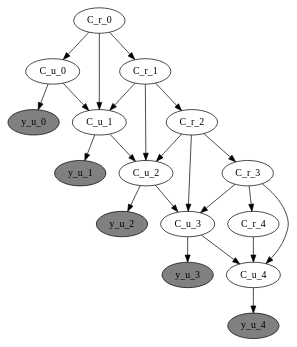
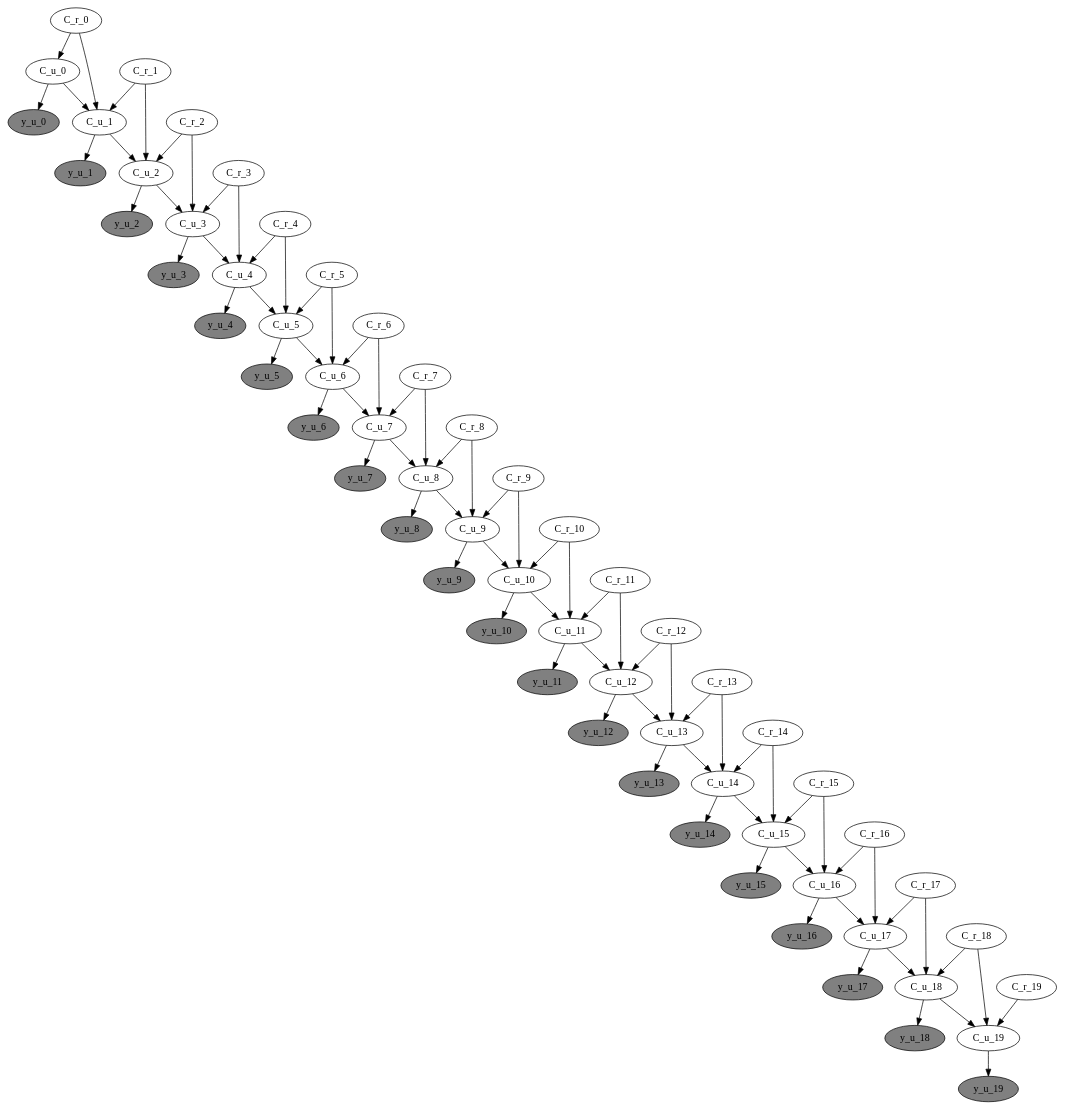
One commit to Lagergren-Lab/victree changed the diagram in fig/graph.gv. Above: the diagram before and after it, drawn with Graphviz. The commit also changed 3 other files, not shown here.

```diff
--- a/fig/graph.gv
+++ b/fig/graph.gv
@@ -1,39 +1,140 @@
 digraph {
 	C_r_0 [label=C_r_0 fillcolor=white shape=ellipse style=filled]
 	C_u_0 [label=C_u_0 fillcolor=white shape=ellipse style=filled]
 	y_u_0 [label=y_u_0 fillcolor=grey shape=ellipse style=filled]
 	C_r_1 [label=C_r_1 fillcolor=white shape=ellipse style=filled]
 	C_u_1 [label=C_u_1 fillcolor=white shape=ellipse style=filled]
 	y_u_1 [label=y_u_1 fillcolor=grey shape=ellipse style=filled]
 	C_r_2 [label=C_r_2 fillcolor=white shape=ellipse style=filled]
 	C_u_2 [label=C_u_2 fillcolor=white shape=ellipse style=filled]
 	y_u_2 [label=y_u_2 fillcolor=grey shape=ellipse style=filled]
 	C_r_3 [label=C_r_3 fillcolor=white shape=ellipse style=filled]
 	C_u_3 [label=C_u_3 fillcolor=white shape=ellipse style=filled]
 	y_u_3 [label=y_u_3 fillcolor=grey shape=ellipse style=filled]
 	C_r_4 [label=C_r_4 fillcolor=white shape=ellipse style=filled]
 	C_u_4 [label=C_u_4 fillcolor=white shape=ellipse style=filled]
 	y_u_4 [label=y_u_4 fillcolor=grey shape=ellipse style=filled]
+	C_r_5 [label=C_r_5 fillcolor=white shape=ellipse style=filled]
+	C_u_5 [label=C_u_5 fillcolor=white shape=ellipse style=filled]
+	y_u_5 [label=y_u_5 fillcolor=grey shape=ellipse style=filled]
+	C_r_6 [label=C_r_6 fillcolor=white shape=ellipse style=filled]
+	C_u_6 [label=C_u_6 fillcolor=white shape=ellipse style=filled]
+	y_u_6 [label=y_u_6 fillcolor=grey shape=ellipse style=filled]
+	C_r_7 [label=C_r_7 fillcolor=white shape=ellipse style=filled]
+	C_u_7 [label=C_u_7 fillcolor=white shape=ellipse style=filled]
+	y_u_7 [label=y_u_7 fillcolor=grey shape=ellipse style=filled]
+	C_r_8 [label=C_r_8 fillcolor=white shape=ellipse style=filled]
+	C_u_8 [label=C_u_8 fillcolor=white shape=ellipse style=filled]
+	y_u_8 [label=y_u_8 fillcolor=grey shape=ellipse style=filled]
+	C_r_9 [label=C_r_9 fillcolor=white shape=ellipse style=filled]
+	C_u_9 [label=C_u_9 fillcolor=white shape=ellipse style=filled]
+	y_u_9 [label=y_u_9 fillcolor=grey shape=ellipse style=filled]
+	C_r_10 [label=C_r_10 fillcolor=white shape=ellipse style=filled]
+	C_u_10 [label=C_u_10 fillcolor=white shape=ellipse style=filled]
+	y_u_10 [label=y_u_10 fillcolor=grey shape=ellipse style=filled]
+	C_r_11 [label=C_r_11 fillcolor=white shape=ellipse style=filled]
+	C_u_11 [label=C_u_11 fillcolor=white shape=ellipse style=filled]
+	y_u_11 [label=y_u_11 fillcolor=grey shape=ellipse style=filled]
+	C_r_12 [label=C_r_12 fillcolor=white shape=ellipse style=filled]
+	C_u_12 [label=C_u_12 fillcolor=white shape=ellipse style=filled]
+	y_u_12 [label=y_u_12 fillcolor=grey shape=ellipse style=filled]
+	C_r_13 [label=C_r_13 fillcolor=white shape=ellipse style=filled]
+	C_u_13 [label=C_u_13 fillcolor=white shape=ellipse style=filled]
+	y_u_13 [label=y_u_13 fillcolor=grey shape=ellipse style=filled]
+	C_r_14 [label=C_r_14 fillcolor=white shape=ellipse style=filled]
+	C_u_14 [label=C_u_14 fillcolor=white shape=ellipse style=filled]
+	y_u_14 [label=y_u_14 fillcolor=grey shape=ellipse style=filled]
+	C_r_15 [label=C_r_15 fillcolor=white shape=ellipse style=filled]
+	C_u_15 [label=C_u_15 fillcolor=white shape=ellipse style=filled]
+	y_u_15 [label=y_u_15 fillcolor=grey shape=ellipse style=filled]
+	C_r_16 [label=C_r_16 fillcolor=white shape=ellipse style=filled]
+	C_u_16 [label=C_u_16 fillcolor=white shape=ellipse style=filled]
+	y_u_16 [label=y_u_16 fillcolor=grey shape=ellipse style=filled]
+	C_r_17 [label=C_r_17 fillcolor=white shape=ellipse style=filled]
+	C_u_17 [label=C_u_17 fillcolor=white shape=ellipse style=filled]
+	y_u_17 [label=y_u_17 fillcolor=grey shape=ellipse style=filled]
+	C_r_18 [label=C_r_18 fillcolor=white shape=ellipse style=filled]
+	C_u_18 [label=C_u_18 fillcolor=white shape=ellipse style=filled]
+	y_u_18 [label=y_u_18 fillcolor=grey shape=ellipse style=filled]
+	C_r_19 [label=C_r_19 fillcolor=white shape=ellipse style=filled]
+	C_u_19 [label=C_u_19 fillcolor=white shape=ellipse style=filled]
+	y_u_19 [label=y_u_19 fillcolor=grey shape=ellipse style=filled]
 	C_r_0 -> C_u_0
 	C_u_0 -> y_u_0
-	C_r_0 -> C_r_1
 	C_r_1 -> C_u_1
 	C_r_0 -> C_u_1
 	C_u_0 -> C_u_1
 	C_u_1 -> y_u_1
-	C_r_1 -> C_r_2
 	C_r_1 -> C_u_2
 	C_u_1 -> C_u_2
 	C_r_2 -> C_u_2
 	C_u_2 -> y_u_2
-	C_r_2 -> C_r_3
 	C_u_2 -> C_u_3
+	C_r_3 -> C_u_3
 	C_r_2 -> C_u_3
-	C_r_3 -> C_u_3
 	C_u_3 -> y_u_3
-	C_r_3 -> C_r_4
 	C_r_4 -> C_u_4
 	C_u_3 -> C_u_4
 	C_r_3 -> C_u_4
 	C_u_4 -> y_u_4
+	C_u_4 -> C_u_5
+	C_r_4 -> C_u_5
+	C_r_5 -> C_u_5
+	C_u_5 -> y_u_5
+	C_r_6 -> C_u_6
+	C_u_5 -> C_u_6
+	C_r_5 -> C_u_6
+	C_u_6 -> y_u_6
+	C_r_6 -> C_u_7
+	C_u_6 -> C_u_7
+	C_r_7 -> C_u_7
+	C_u_7 -> y_u_7
+	C_u_7 -> C_u_8
+	C_r_7 -> C_u_8
+	C_r_8 -> C_u_8
+	C_u_8 -> y_u_8
+	C_u_8 -> C_u_9
+	C_r_9 -> C_u_9
+	C_r_8 -> C_u_9
+	C_u_9 -> y_u_9
+	C_u_9 -> C_u_10
+	C_r_10 -> C_u_10
+	C_r_9 -> C_u_10
+	C_u_10 -> y_u_10
+	C_u_10 -> C_u_11
+	C_r_11 -> C_u_11
+	C_r_10 -> C_u_11
+	C_u_11 -> y_u_11
+	C_r_11 -> C_u_12
+	C_u_11 -> C_u_12
+	C_r_12 -> C_u_12
+	C_u_12 -> y_u_12
+	C_r_13 -> C_u_13
+	C_u_12 -> C_u_13
+	C_r_12 -> C_u_13
+	C_u_13 -> y_u_13
+	C_r_13 -> C_u_14
+	C_r_14 -> C_u_14
+	C_u_13 -> C_u_14
+	C_u_14 -> y_u_14
+	C_r_14 -> C_u_15
+	C_u_14 -> C_u_15
+	C_r_15 -> C_u_15
+	C_u_15 -> y_u_15
+	C_r_16 -> C_u_16
+	C_r_15 -> C_u_16
+	C_u_15 -> C_u_16
+	C_u_16 -> y_u_16
+	C_r_16 -> C_u_17
+	C_r_17 -> C_u_17
+	C_u_16 -> C_u_17
+	C_u_17 -> y_u_17
+	C_r_18 -> C_u_18
+	C_u_17 -> C_u_18
+	C_r_17 -> C_u_18
+	C_u_18 -> y_u_18
+	C_u_18 -> C_u_19
+	C_r_19 -> C_u_19
+	C_r_18 -> C_u_19
+	C_u_19 -> y_u_19
 }
```
